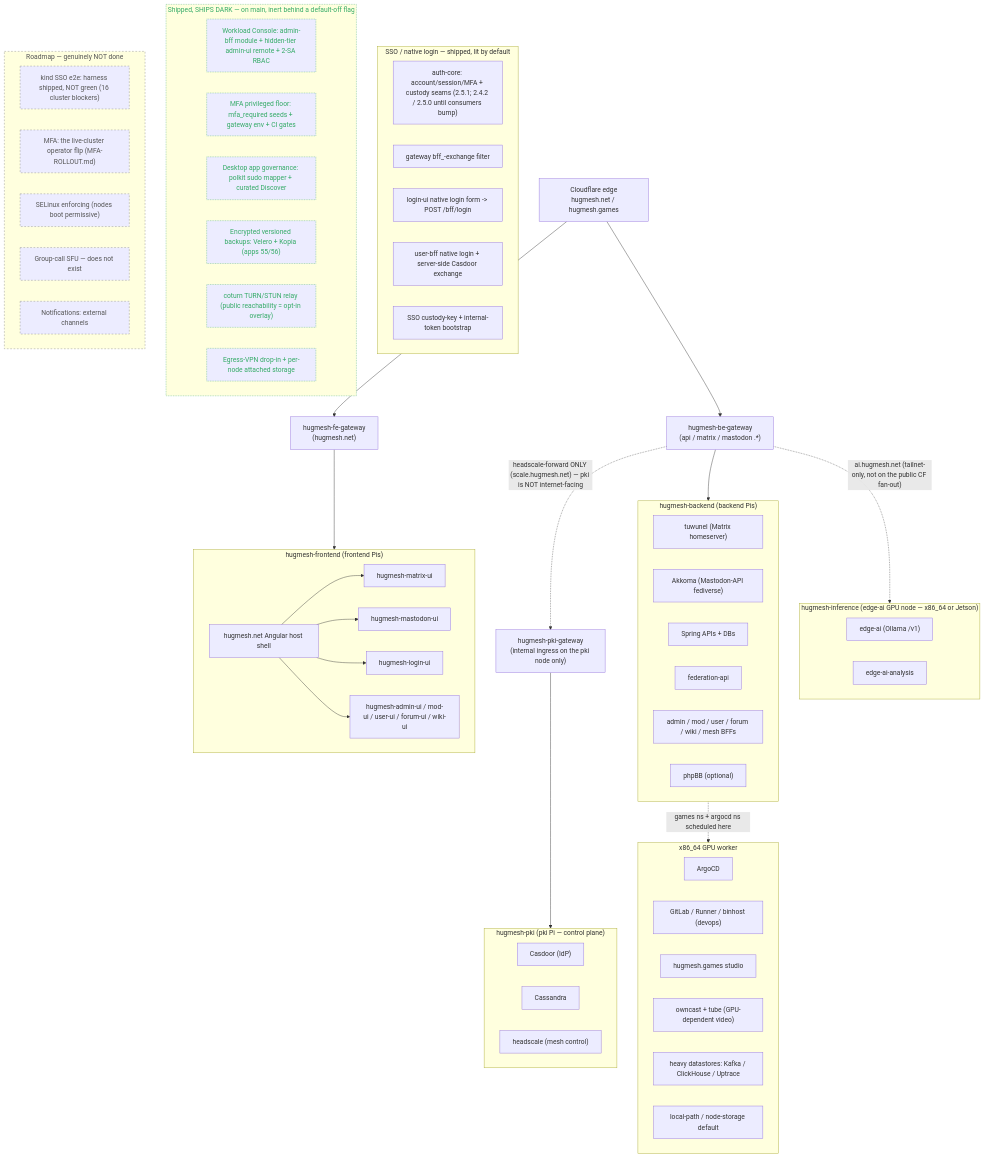
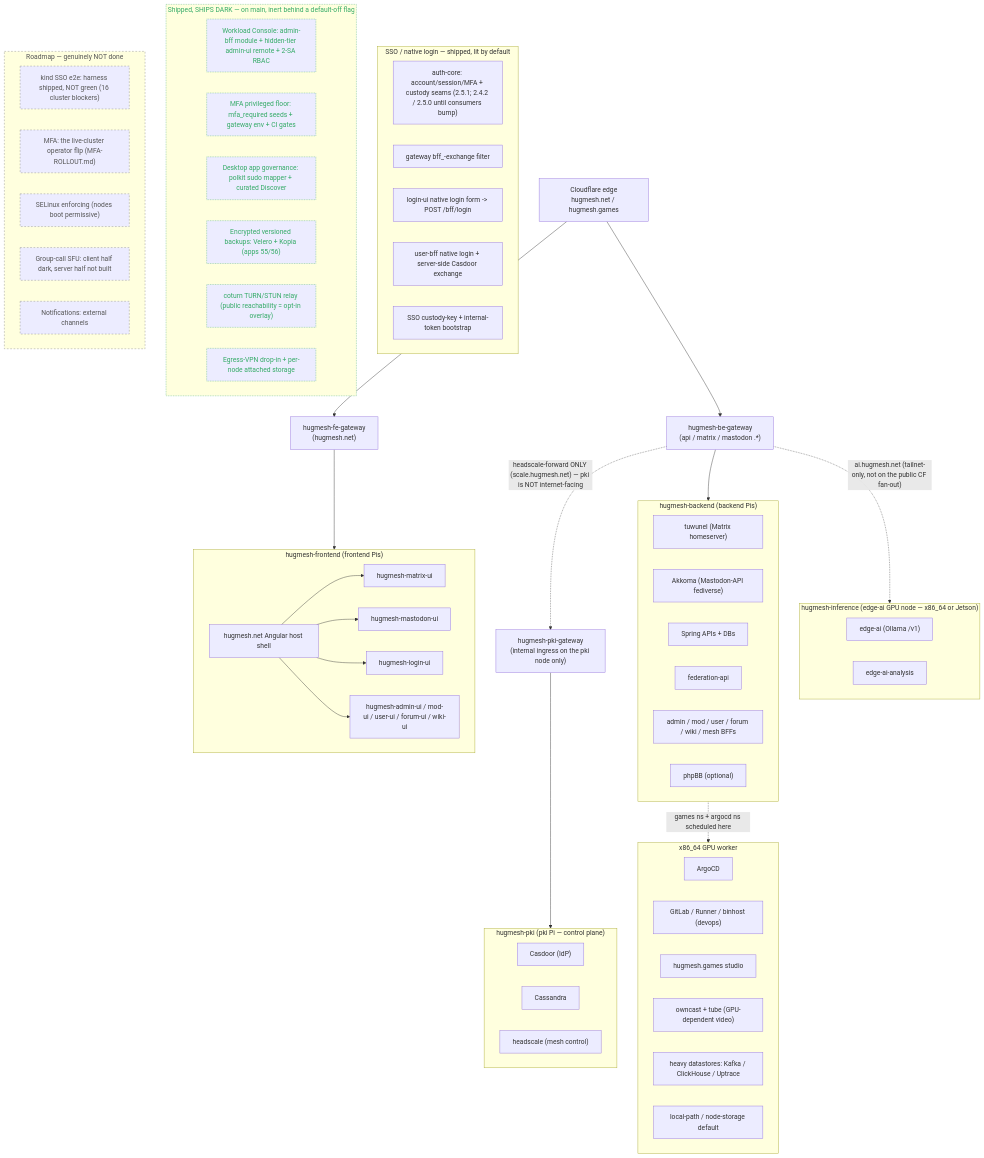
The first of 2 diagrams in docs/ARCHITECTURE.md (hugmesh/hugmesh-generator), drawn with Mermaid before and after one commit. The commit also changed other lines of this file and 5 other files, not shown here.

First line of the commit message:
docs: group-call SFU design (MatrixRTC + LiveKit) and stale 'does not exist' wording

````diff
--- a/docs/ARCHITECTURE.md
+++ b/docs/ARCHITECTURE.md
@@ -25,80 +25,80 @@
 ```mermaid
 flowchart TD
     CF["Cloudflare edge<br/>hugmesh.net / hugmesh.games"]
     CF --> FEGW["hugmesh-fe-gateway<br/>(hugmesh.net)"]
     CF --> BEGW["hugmesh-be-gateway<br/>(api / matrix / mastodon .*)"]
 
     subgraph FE["hugmesh-frontend (frontend Pis)"]
         HOST["hugmesh.net Angular host shell"]
         HOST --> MUI["hugmesh-matrix-ui"]
         HOST --> MASTUI["hugmesh-mastodon-ui"]
         HOST --> LOGINUI["hugmesh-login-ui"]
         HOST --> ADMINUI["hugmesh-admin-ui / mod-ui / user-ui / forum-ui / wiki-ui"]
     end
 
     subgraph BE["hugmesh-backend (backend Pis)"]
         TUW["tuwunel (Matrix homeserver)"]
         AKK["Akkoma (Mastodon-API fediverse)"]
         APIS["Spring APIs + DBs"]
         FEDAPI["federation-api"]
         BFFS["admin / mod / user / forum / wiki / mesh BFFs"]
         PHPBB["phpBB (optional)"]
     end
 
     subgraph PKI["hugmesh-pki (pki Pi — control plane)"]
         CAS["Casdoor (IdP)"]
         CASS["Cassandra"]
         HS["headscale (mesh control)"]
     end
 
     subgraph INFER["hugmesh-inference (edge-ai GPU node — x86_64 or Jetson)"]
         EDGEAI["edge-ai (Ollama /v1)"]
         EDGEAIAN["edge-ai-analysis"]
     end
 
     subgraph X86["x86_64 GPU worker"]
         ARGO["ArgoCD"]
         DEVOPS["GitLab / Runner / binhost (devops)"]
         GAMES["hugmesh.games studio"]
         VIDEO["owncast + tube (GPU-dependent video)"]
         HEAVY["heavy datastores: Kafka / ClickHouse / Uptrace"]
         STORE["local-path / node-storage default"]
     end
 
     FEGW --> FE
     BEGW --> BE
     BE -. "games ns + argocd ns scheduled here" .-> X86
     BEGW -. "ai.hugmesh.net (tailnet-only, not on the public CF fan-out)" .-> INFER
     BEGW -. "headscale-forward ONLY (scale.hugmesh.net) — pki is NOT internet-facing" .-> PKIGW["hugmesh-pki-gateway<br/>(internal ingress on the pki node only)"]
     PKIGW --> PKI
 
     subgraph SSO["SSO / native login — shipped, lit by default"]
         AUTHCORE["auth-core: account/session/MFA + custody seams (2.5.1; 2.4.2 / 2.5.0 until consumers bump)"]
         GWEXCH["gateway bff_-exchange filter"]
         LOGINOIDC["login-ui native login form -> POST /bff/login"]
         UBRELOC["user-bff native login + server-side Casdoor exchange"]
         CUSTKEY["SSO custody-key + internal-token bootstrap"]
     end
 
     subgraph DARK["Shipped, SHIPS DARK — on main, inert behind a default-off flag"]
         WC["Workload Console: admin-bff module + hidden-tier admin-ui remote + 2-SA RBAC"]
         MFAFLOOR["MFA privileged floor: mfa_required seeds + gateway env + CI gates"]
         DESKGOV["Desktop app governance: polkit sudo mapper + curated Discover"]
         BACKUPS["Encrypted versioned backups: Velero + Kopia (apps 55/56)"]
         TURN["coturn TURN/STUN relay (public reachability = opt-in overlay)"]
         EGRESS["Egress-VPN drop-in + per-node attached storage"]
     end
 
     subgraph ROADMAP["Roadmap — genuinely NOT done"]
         KINDE2E["kind SSO e2e: harness shipped, NOT green (16 cluster blockers)"]
         MFAFLIP["MFA: the live-cluster operator flip (MFA-ROLLOUT.md)"]
         ENFORCE["SELinux enforcing (nodes boot permissive)"]
-        SFU["Group-call SFU — does not exist"]
+        SFU["Group-call SFU: client half dark, server half not built"]
         NOTIFY["Notifications: external channels"]
     end
 
     classDef dark stroke-dasharray:2,stroke:#4a7,color:#3a6;
     classDef planned stroke-dasharray:4,stroke:#888,color:#555;
     class DARK,WC,MFAFLOOR,DESKGOV,BACKUPS,TURN,EGRESS dark;
     class ROADMAP,KINDE2E,MFAFLIP,ENFORCE,SFU,NOTIFY planned;
 ```
````
